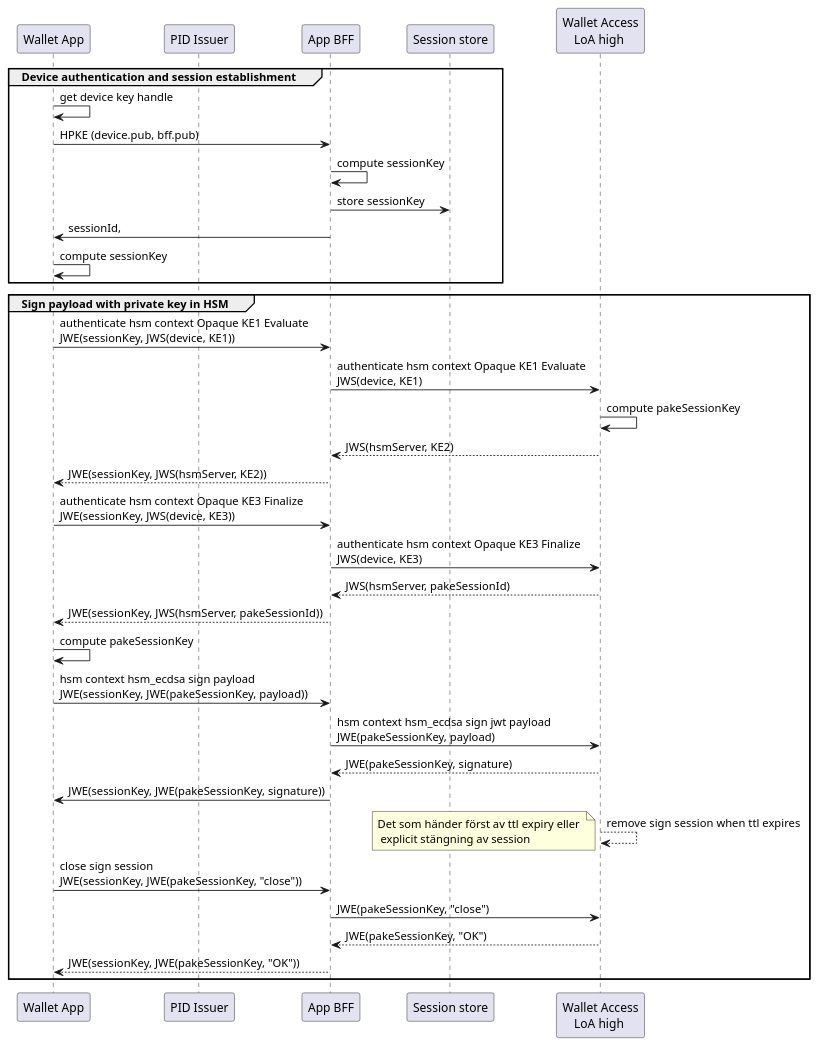
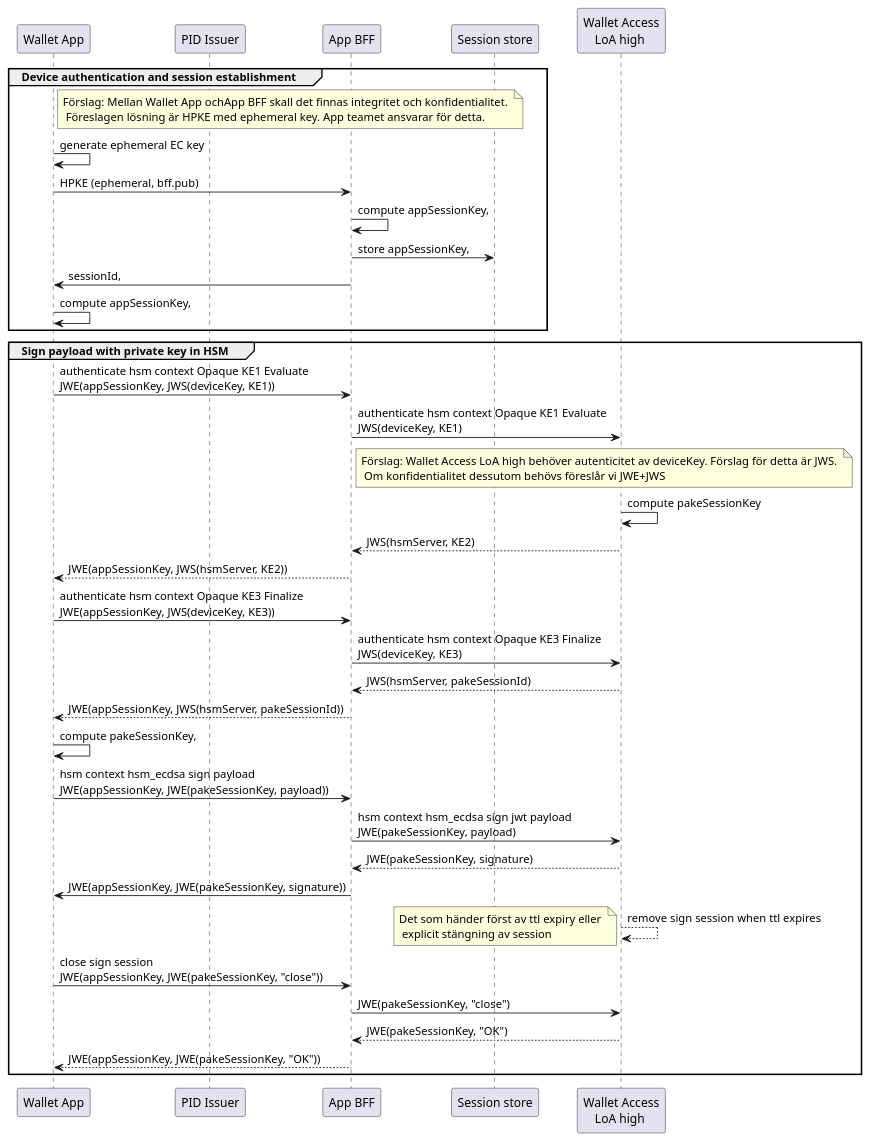
The diagram in sign.md (rpsops/r2ps-docs), drawn with PlantUML before and after one commit. The commit also changed 1 other file, not shown here.

Commit message:
chore: add bff clarification

````diff
--- a/sign.md
+++ b/sign.md
@@ -5,44 +5,46 @@
 ```plantuml
 @startuml
 
 participant "Wallet App" as walletApp
 participant "PID Issuer" as pidIssuer
 participant "App BFF" as walletBff
 participant "Session store" as sessionStore
 participant "Wallet Access\nLoA high " as walletAccess
 
 group Device authentication and session establishment
-walletApp -> walletApp: get device key handle
-walletApp -> walletBff: HPKE (device.pub, bff.pub)
-walletBff -> walletBff: compute sessionKey
-walletBff -> sessionStore: store sessionKey
+note right of walletApp: Förslag: Mellan Wallet App ochApp BFF skall det finnas integritet och konfidentialitet. \n Föreslagen lösning är HPKE med ephemeral key. App teamet ansvarar för detta.  
+walletApp -> walletApp: generate ephemeral EC key
+walletApp -> walletBff: HPKE (ephemeral, bff.pub)
+walletBff -> walletBff: compute appSessionKey,
+walletBff -> sessionStore: store appSessionKey,
 walletBff -> walletApp: sessionId, 
-walletApp -> walletApp: compute sessionKey
+walletApp -> walletApp: compute appSessionKey,
 end
 group Sign payload with private key in HSM
-walletApp -> walletBff: authenticate hsm context Opaque KE1 Evaluate\nJWE(sessionKey, JWS(device, KE1))
-walletBff -> walletAccess: authenticate hsm context Opaque KE1 Evaluate\nJWS(device, KE1)
+walletApp -> walletBff: authenticate hsm context Opaque KE1 Evaluate\nJWE(appSessionKey, JWS(deviceKey, KE1))
+walletBff -> walletAccess: authenticate hsm context Opaque KE1 Evaluate\nJWS(deviceKey, KE1)
+note right of walletBff: Förslag: Wallet Access LoA high behöver autenticitet av deviceKey. Förslag för detta är JWS. \n Om konfidentialitet dessutom behövs föreslår vi JWE+JWS 
 walletAccess -> walletAccess: compute pakeSessionKey
 walletAccess --> walletBff: JWS(hsmServer, KE2)
-walletBff --> walletApp: JWE(sessionKey, JWS(hsmServer, KE2))
+walletBff --> walletApp: JWE(appSessionKey, JWS(hsmServer, KE2))
 
-walletApp -> walletBff: authenticate hsm context Opaque KE3 Finalize\nJWE(sessionKey, JWS(device, KE3))
-walletBff -> walletAccess: authenticate hsm context Opaque KE3 Finalize\nJWS(device, KE3)
+walletApp -> walletBff: authenticate hsm context Opaque KE3 Finalize\nJWE(appSessionKey, JWS(deviceKey, KE3))
+walletBff -> walletAccess: authenticate hsm context Opaque KE3 Finalize\nJWS(deviceKey, KE3)
 walletAccess --> walletBff: JWS(hsmServer, pakeSessionId)
-walletBff --> walletApp: JWE(sessionKey, JWS(hsmServer, pakeSessionId))
-walletApp -> walletApp: compute pakeSessionKey
+walletBff --> walletApp: JWE(appSessionKey, JWS(hsmServer, pakeSessionId))
+walletApp -> walletApp: compute pakeSessionKey,
 
-walletApp -> walletBff: hsm context hsm_ecdsa sign payload\nJWE(sessionKey, JWE(pakeSessionKey, payload))
+walletApp -> walletBff: hsm context hsm_ecdsa sign payload\nJWE(appSessionKey, JWE(pakeSessionKey, payload))
 walletBff -> walletAccess: hsm context hsm_ecdsa sign jwt payload\nJWE(pakeSessionKey, payload)
 walletAccess --> walletBff: JWE(pakeSessionKey, signature)
-walletBff->walletApp: JWE(sessionKey, JWE(pakeSessionKey, signature))
+walletBff->walletApp: JWE(appSessionKey, JWE(pakeSessionKey, signature))
 
 walletAccess --> walletAccess: remove sign session when ttl expires
 note left: Det som händer först av ttl expiry eller \n explicit stängning av session
-walletApp -> walletBff: close sign session\nJWE(sessionKey, JWE(pakeSessionKey, "close"))
+walletApp -> walletBff: close sign session\nJWE(appSessionKey, JWE(pakeSessionKey, "close"))
 walletBff -> walletAccess: JWE(pakeSessionKey, "close")
 walletAccess --> walletBff: JWE(pakeSessionKey, "OK")
-walletBff --> walletApp: JWE(sessionKey, JWE(pakeSessionKey, "OK"))
+walletBff --> walletApp: JWE(appSessionKey, JWE(pakeSessionKey, "OK"))
 end
 @enduml
 ```
````
